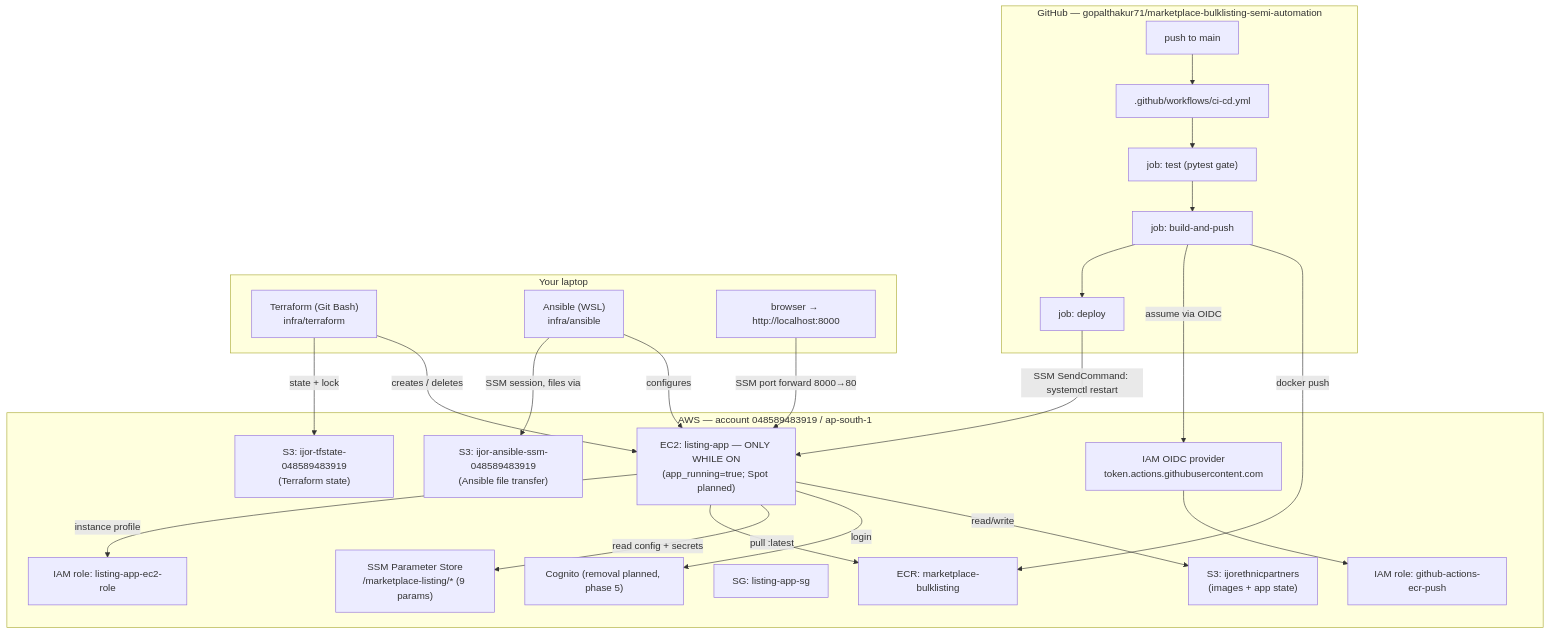
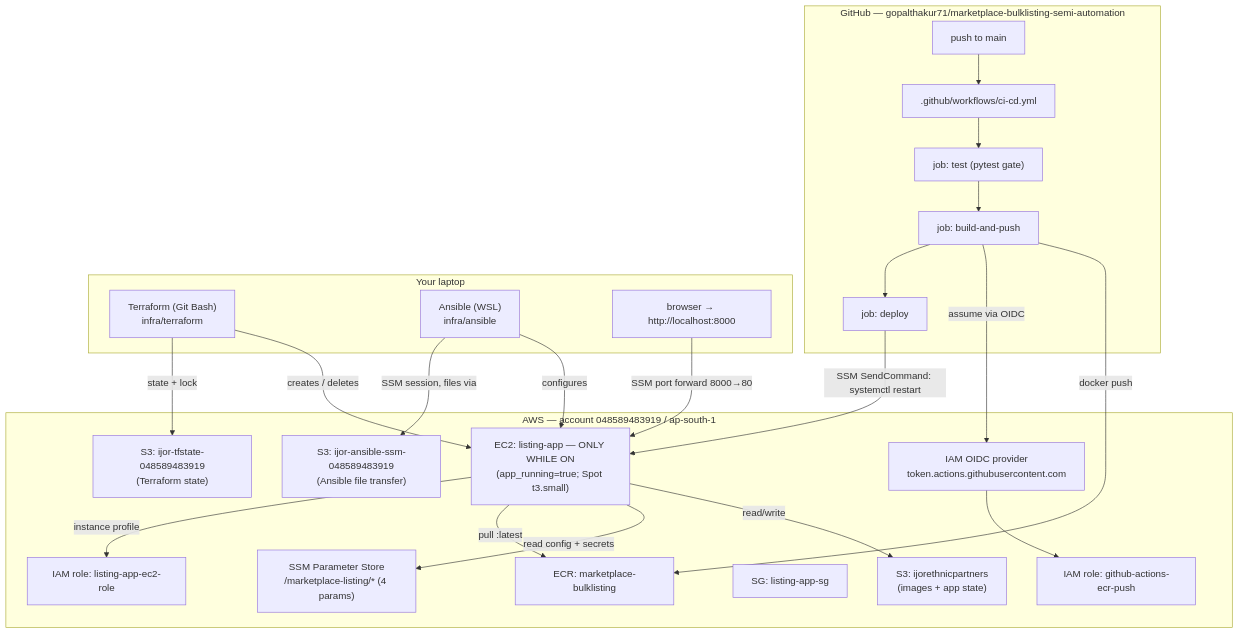
One commit to gopalthakur71/marketplace-bulklisting-semi-automation changed the diagram in docs/infra-resources.md. Above: the diagram before and after it, drawn with Mermaid. The commit also changed other lines of this file and 27 other files, not shown here.

First line of the commit message:
feat: phase 5 - remove Cognito; AWS IAM (SSM port forward) is the only gate

````diff
--- a/docs/infra-resources.md
+++ b/docs/infra-resources.md
@@ -18,44 +18,42 @@
 ```mermaid
 flowchart TB
     subgraph GH["GitHub — gopalthakur71/marketplace-bulklisting-semi-automation"]
         push["push to main"] --> wf[".github/workflows/ci-cd.yml"]
         wf --> jTest["job: test (pytest gate)"]
         jTest --> jBuild["job: build-and-push"]
         jBuild --> jDeploy["job: deploy"]
     end
 
     subgraph LAPTOP["Your laptop"]
         tf["Terraform (Git Bash)\ninfra/terraform"]
         ans["Ansible (WSL)\ninfra/ansible"]
         browser["browser → http://localhost:8000"]
     end
 
     subgraph AWS["AWS — account 048589483919 / ap-south-1"]
         state["S3: ijor-tfstate-048589483919\n(Terraform state)"]
         oidc["IAM OIDC provider\ntoken.actions.githubusercontent.com"]
         roleGH["IAM role: github-actions-ecr-push"]
         ecr["ECR: marketplace-bulklisting"]
-        ec2["EC2: listing-app — ONLY WHILE ON\n(app_running=true; Spot planned)"]
+        ec2["EC2: listing-app — ONLY WHILE ON\n(app_running=true; Spot t3.small)"]
         roleEC2["IAM role: listing-app-ec2-role"]
         sg["SG: listing-app-sg"]
-        ssm["SSM Parameter Store\n/marketplace-listing/* (9 params)"]
-        cog["Cognito (removal planned, phase 5)"]
+        ssm["SSM Parameter Store\n/marketplace-listing/* (4 params)"]
         s3["S3: ijorethnicpartners\n(images + app state)"]
         xfer["S3: ijor-ansible-ssm-048589483919\n(Ansible file transfer)"]
     end
 
     tf -->|state + lock| state
     tf -->|creates / deletes| ec2
     ans -->|SSM session, files via| xfer
     ans -->|configures| ec2
     browser -->|SSM port forward 8000→80| ec2
 
     jBuild -->|assume via OIDC| oidc --> roleGH
     jBuild -->|docker push| ecr
     jDeploy -->|SSM SendCommand: systemctl restart| ec2
     ec2 -->|instance profile| roleEC2
     ec2 -->|pull :latest| ecr
     ec2 -->|read config + secrets| ssm
-    ec2 -->|login| cog
     ec2 -->|read/write| s3
 ```
````
